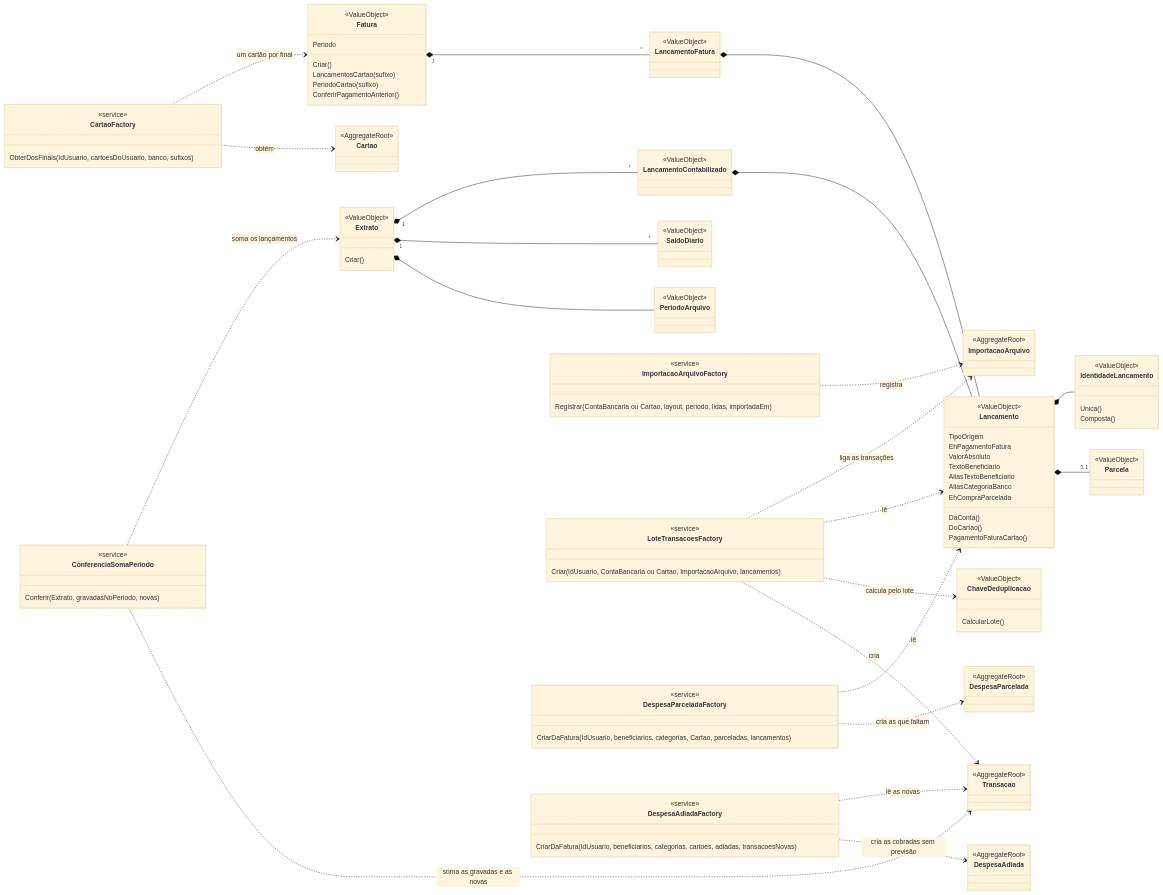
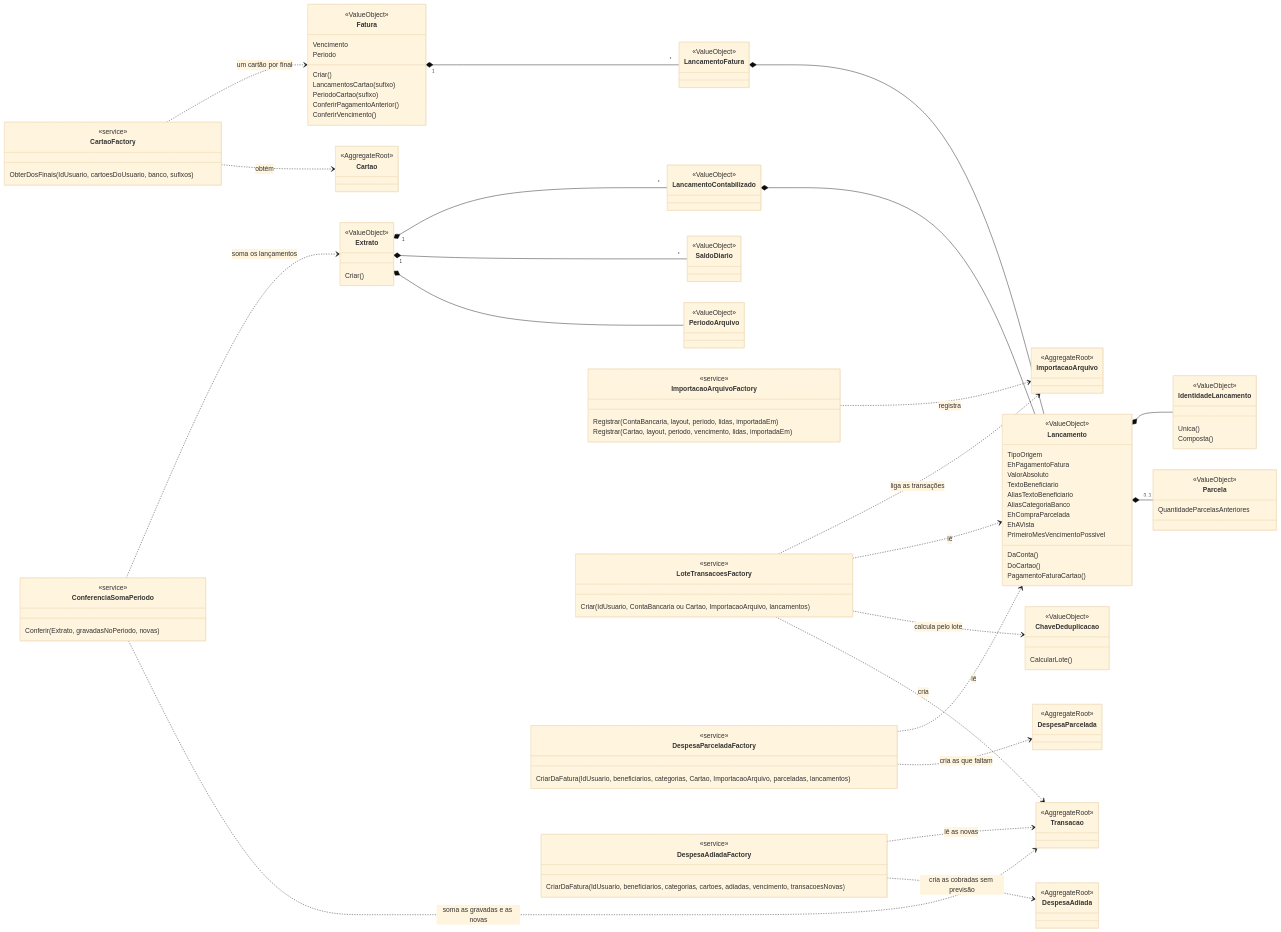
The second of 2 diagrams in docs/modelo-de-dominio.md (humbertosampaio/controle-financeiro), drawn with Mermaid (base theme) before and after one commit. The commit also changed other lines of this file, not shown here.

First line of the commit message:
docs(dominio): Descreve o vencimento da fatura importada no modelo de domínio

```diff
--- a/docs/modelo-de-dominio.md
+++ b/docs/modelo-de-dominio.md
@@ -339,16 +342,19 @@
     class Fatura {
         <<ValueObject>>
         Criar()
+        Vencimento
         Periodo
         LancamentosCartao(sufixo)
         PeriodoCartao(sufixo)
         ConferirPagamentoAnterior()
+        ConferirVencimento()
     }
     class LancamentoFatura {
         <<ValueObject>>
     }
     class Parcela {
         <<ValueObject>>
+        QuantidadeParcelasAnteriores
     }
     class CartaoFactory {
         <<service>>
@@ -372,6 +378,8 @@
         AliasTextoBeneficiario
         AliasCategoriaBanco
         EhCompraParcelada
+        EhAVista
+        PrimeiroMesVencimentoPossivel
     }
     class IdentidadeLancamento {
         <<ValueObject>>
@@ -394,7 +402,8 @@
     }
     class ImportacaoArquivoFactory {
         <<service>>
-        Registrar(ContaBancaria ou Cartao, layout, periodo, lidas, importadaEm)
+        Registrar(ContaBancaria, layout, periodo, lidas, importadaEm)
+        Registrar(Cartao, layout, periodo, vencimento, lidas, importadaEm)
     }
     class LoteTransacoesFactory {
         <<service>>
@@ -402,11 +411,11 @@
     }
     class DespesaParceladaFactory {
         <<service>>
-        CriarDaFatura(IdUsuario, beneficiarios, categorias, Cartao, parceladas, lancamentos)
+        CriarDaFatura(IdUsuario, beneficiarios, categorias, Cartao, ImportacaoArquivo, parceladas, lancamentos)
     }
     class DespesaAdiadaFactory {
         <<service>>
-        CriarDaFatura(IdUsuario, beneficiarios, categorias, cartoes, adiadas, transacoesNovas)
+        CriarDaFatura(IdUsuario, beneficiarios, categorias, cartoes, adiadas, vencimento, transacoesNovas)
     }
     class DespesaParcelada {
         <<AggregateRoot>>
```
